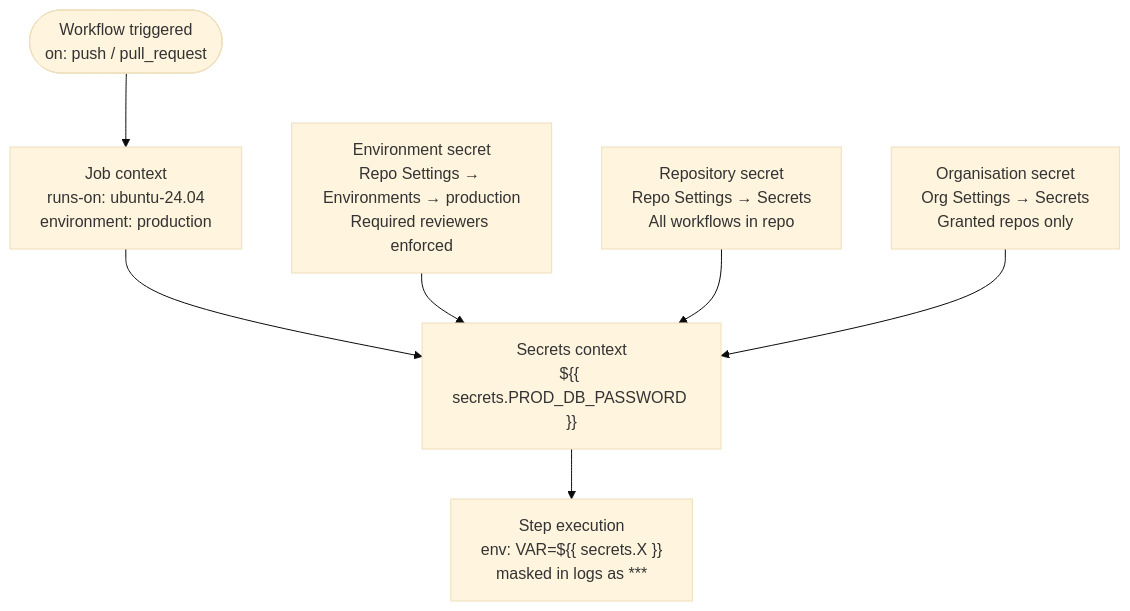
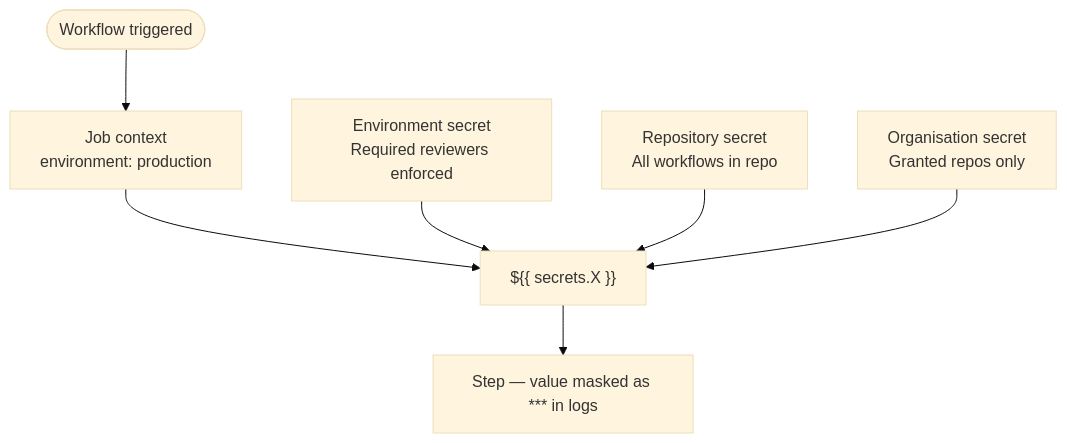
The first of 2 diagrams in docs/automation/github-actions/security/access-control/index.md (canast01/chris-kb), drawn with Mermaid (base theme) before and after one commit. The commit also changed other lines of this file and 21 other files, not shown here.

````diff
--- a/docs/automation/github-actions/security/access-control/index.md
+++ b/docs/automation/github-actions/security/access-control/index.md
@@ -11,17 +7,17 @@
 ```mermaid
 flowchart TD
-    wfTrigger(["Workflow triggered\non: push / pull_request"])
-    jobCtx["Job context\nruns-on: ubuntu-24.04\nenvironment: production"]
-    secretCtx["Secrets context\n${{ secrets.PROD_DB_PASSWORD }}"]
-    envSecret["Environment secret\nRepo Settings → Environments → production\nRequired reviewers enforced"]
-    repoSecret["Repository secret\nRepo Settings → Secrets\nAll workflows in repo"]
-    orgSecret["Organisation secret\nOrg Settings → Secrets\nGranted repos only"]
-    step["Step execution\nenv: VAR=${{ secrets.X }}\nmasked in logs as ***"]
+    wfTrigger(["Workflow triggered"])
+    jobCtx["Job context\nenvironment: production"]
+    envSecret["Environment secret\nRequired reviewers enforced"]
+    repoSecret["Repository secret\nAll workflows in repo"]
+    orgSecret["Organisation secret\nGranted repos only"]
+    secretCtx["${{ secrets.X }}"]
+    step["Step — value masked as *** in logs"]
 
     wfTrigger --> jobCtx
     jobCtx --> secretCtx
     envSecret --> secretCtx
     repoSecret --> secretCtx
     orgSecret --> secretCtx
     secretCtx --> step
 ```
````
